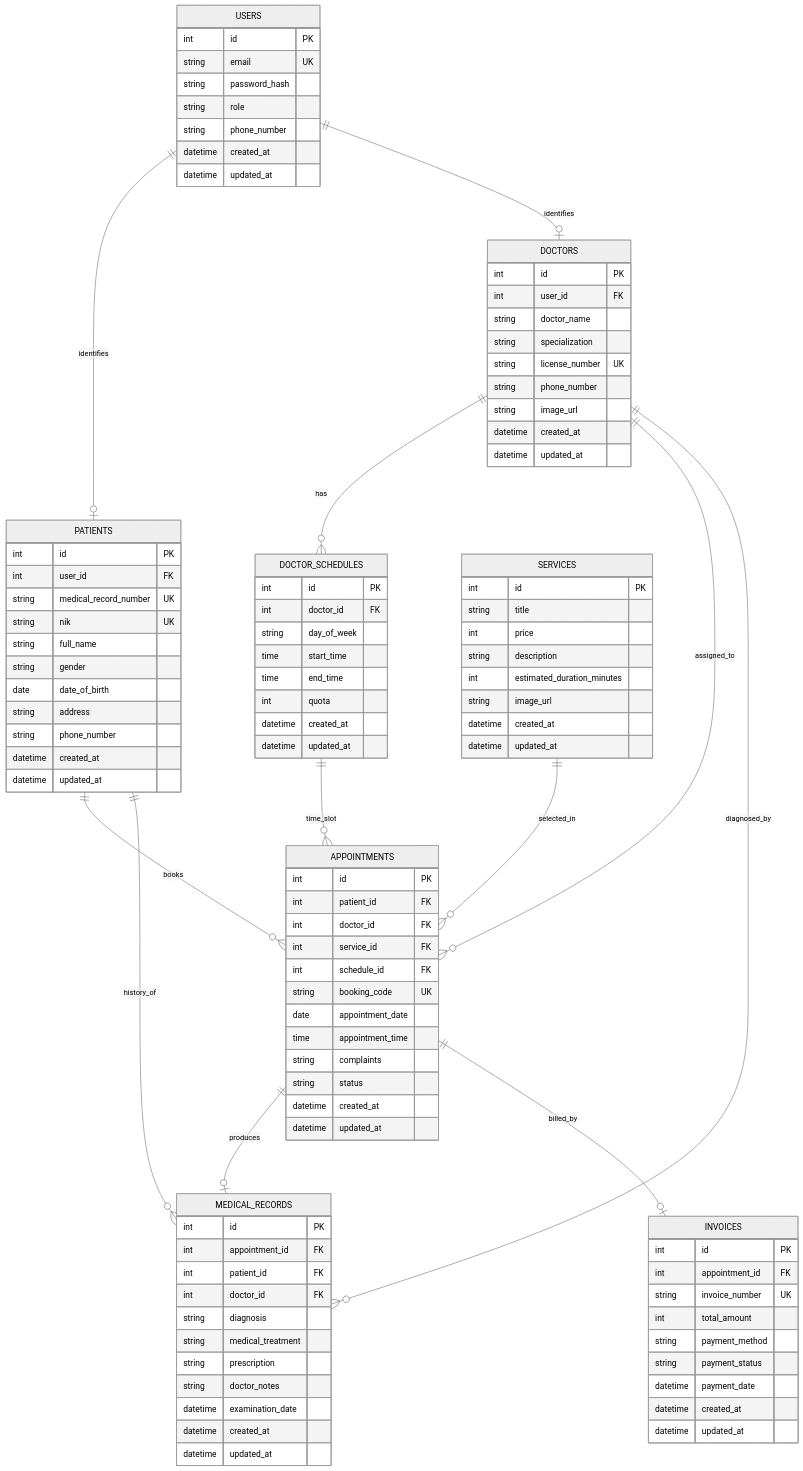
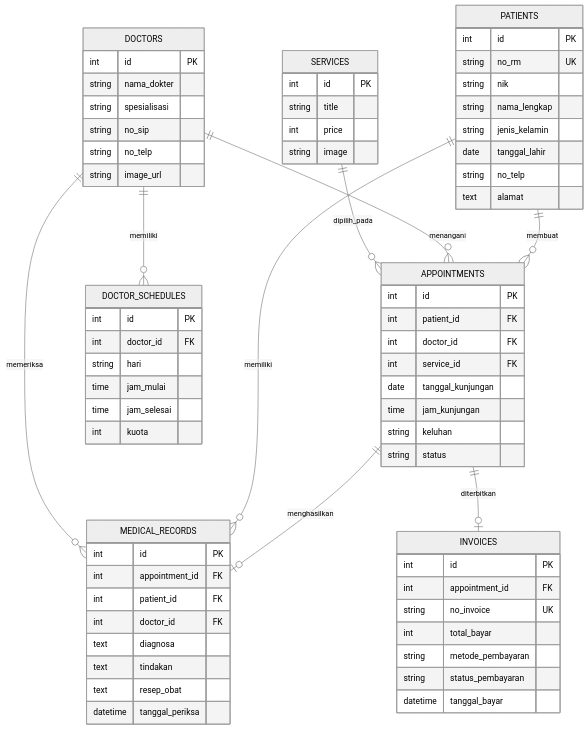
Before and after one commit to rifzky11/wad-kelompok-7: the diagram in README.md, drawn with Mermaid (neutral theme). The commit also changed other lines of this file and 2 other files, not shown here.

Commit message:
docs: simplify documentation with API design and ERD

````diff
--- a/README.md
+++ b/README.md
@@ -148,73 +68,48 @@
 ```mermaid
 erDiagram
-    USERS ||--o| PATIENTS : "identifies"
-    USERS ||--o| DOCTORS : "identifies"
-    DOCTORS ||--o{ DOCTOR_SCHEDULES : "has"
-    DOCTORS ||--o{ APPOINTMENTS : "assigned_to"
-    PATIENTS ||--o{ APPOINTMENTS : "books"
-    SERVICES ||--o{ APPOINTMENTS : "selected_in"
-    DOCTOR_SCHEDULES ||--o{ APPOINTMENTS : "time_slot"
-    APPOINTMENTS ||--o| MEDICAL_RECORDS : "produces"
-    APPOINTMENTS ||--o| INVOICES : "billed_by"
-    PATIENTS ||--o{ MEDICAL_RECORDS : "history_of"
-    DOCTORS ||--o{ MEDICAL_RECORDS : "diagnosed_by"
-
-    USERS {
-        int id PK
-        string email UK
-        string password_hash
-        string role
-        string phone_number
-        datetime created_at
-        datetime updated_at
-    }
+    PATIENTS ||--o{ APPOINTMENTS : "membuat"
+    DOCTORS ||--o{ DOCTOR_SCHEDULES : "memiliki"
+    DOCTORS ||--o{ APPOINTMENTS : "menangani"
+    SERVICES ||--o{ APPOINTMENTS : "dipilih_pada"
+    APPOINTMENTS ||--o| MEDICAL_RECORDS : "menghasilkan"
+    APPOINTMENTS ||--o| INVOICES : "diterbitkan"
+    PATIENTS ||--o{ MEDICAL_RECORDS : "memiliki"
+    DOCTORS ||--o{ MEDICAL_RECORDS : "memeriksa"
 
     PATIENTS {
         int id PK
-        int user_id FK
-        string medical_record_number UK
-        string nik UK
-        string full_name
-        string gender
-        date date_of_birth
-        string address
-        string phone_number
-        datetime created_at
-        datetime updated_at
+        string no_rm UK
+        string nik
+        string nama_lengkap
+        string jenis_kelamin
+        date tanggal_lahir
+        string no_telp
+        text alamat
     }
 
     DOCTORS {
         int id PK
-        int user_id FK
-        string doctor_name
-        string specialization
-        string license_number UK
-        string phone_number
+        string nama_dokter
+        string spesialisasi
+        string no_sip
+        string no_telp
         string image_url
-        datetime created_at
-        datetime updated_at
     }
 
     SERVICES {
         int id PK
         string title
         int price
-        string description
-        int estimated_duration_minutes
-        string image_url
-        datetime created_at
-        datetime updated_at
+        string image
     }
 
     DOCTOR_SCHEDULES {
         int id PK
         int doctor_id FK
-        string day_of_week
-        time start_time
-        time end_time
-        int quota
-        datetime created_at
-        datetime updated_at
+        string hari
+        time jam_mulai
+        time jam_selesai
+        int kuota
     }
 
     APPOINTMENTS {
@@ -222,14 +117,10 @@
         int patient_id FK
         int doctor_id FK
         int service_id FK
-        int schedule_id FK
-        string booking_code UK
-        date appointment_date
-        time appointment_time
-        string complaints
+        date tanggal_kunjungan
+        time jam_kunjungan
+        string keluhan
         string status
-        datetime created_at
-        datetime updated_at
     }
 
     MEDICAL_RECORDS {
@@ -237,24 +128,19 @@
         int appointment_id FK
         int patient_id FK
         int doctor_id FK
-        string diagnosis
-        string medical_treatment
-        string prescription
-        string doctor_notes
-        datetime examination_date
-        datetime created_at
-        datetime updated_at
+        text diagnosa
+        text tindakan
+        text resep_obat
+        datetime tanggal_periksa
     }
 
     INVOICES {
         int id PK
         int appointment_id FK
-        string invoice_number UK
-        int total_amount
-        string payment_method
-        string payment_status
-        datetime payment_date
-        datetime created_at
-        datetime updated_at
+        string no_invoice UK
+        int total_bayar
+        string metode_pembayaran
+        string status_pembayaran
+        datetime tanggal_bayar
     }
 ```
````
